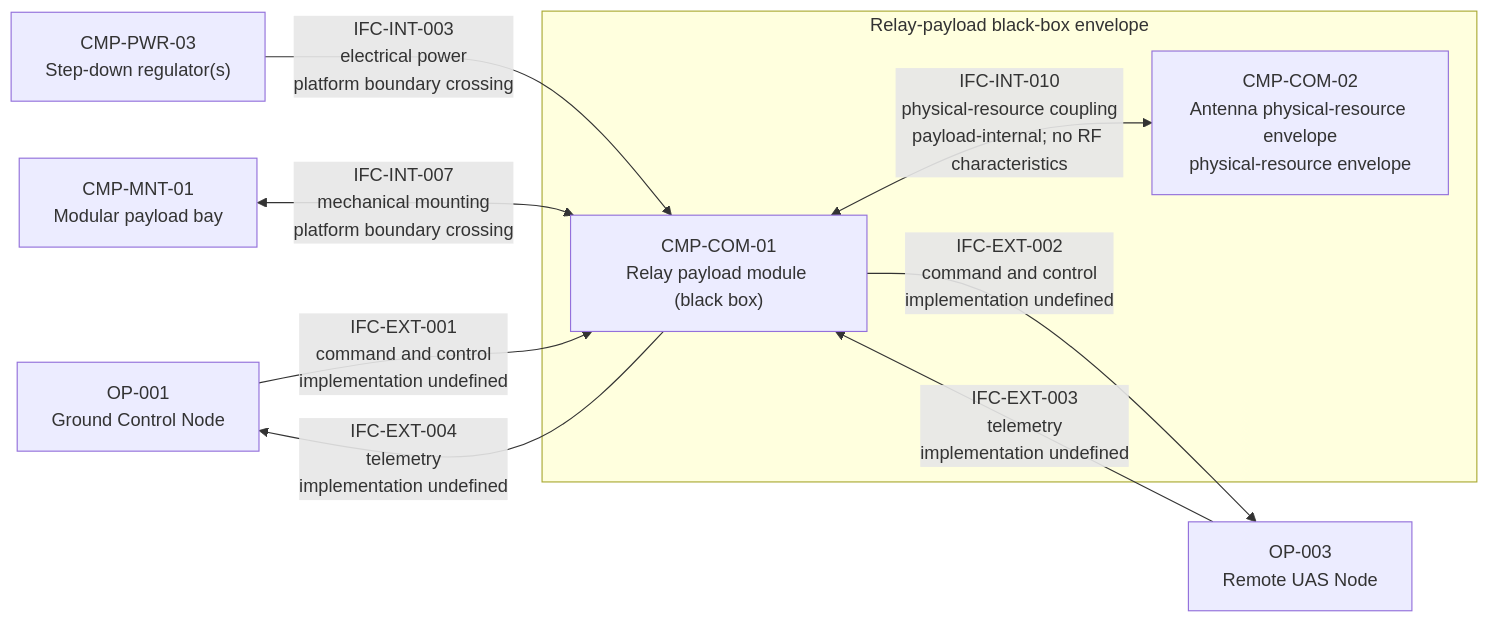
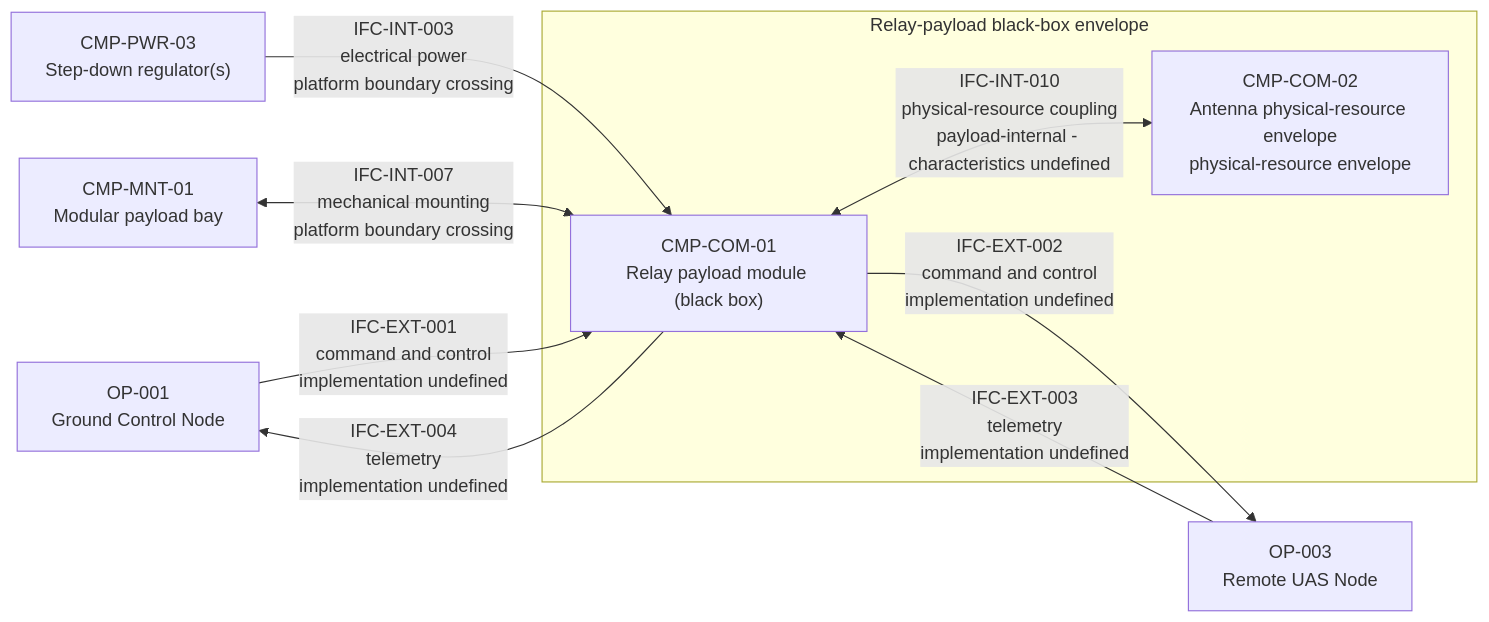
Before and after one commit to noahstephenson/low-cost-relay-uas: the seventh of 17 diagrams in reports/architecture-views.md, drawn with Mermaid. The commit also changed other lines of this file and 4 other files, not shown here.

Commit message:
Improve Mermaid rendering and validation

````diff
--- a/reports/architecture-views.md
+++ b/reports/architecture-views.md
@@ -169,19 +169,19 @@
 ```mermaid
 flowchart LR
     %% Configuration scope: CFG-REP / CFG-DOM
     OP_001["OP-001<br/>Ground Control Node"]
     OP_003["OP-003<br/>Remote UAS Node"]
     CMP_PWR_03["CMP-PWR-03<br/>Step-down regulator(s)"]
     CMP_MNT_01["CMP-MNT-01<br/>Modular payload bay"]
     subgraph PAYLOAD["Relay-payload black-box envelope"]
         CMP_COM_01["CMP-COM-01<br/>Relay payload module (black box)"]
         CMP_COM_02["CMP-COM-02<br/>Antenna physical-resource envelope<br/>physical-resource envelope"]
-        CMP_COM_01 <-->|"IFC-INT-010<br/>physical-resource coupling<br/>payload-internal; no RF characteristics"| CMP_COM_02
+        CMP_COM_01 <-->|"IFC-INT-010<br/>physical-resource coupling<br/>payload-internal - characteristics undefined"| CMP_COM_02
     end
     CMP_PWR_03 -->|"IFC-INT-003<br/>electrical power<br/>platform boundary crossing"| CMP_COM_01
     CMP_MNT_01 <-->|"IFC-INT-007<br/>mechanical mounting<br/>platform boundary crossing"| CMP_COM_01
     OP_001 -->|"IFC-EXT-001<br/>command and control<br/>implementation undefined"| CMP_COM_01
     CMP_COM_01 -->|"IFC-EXT-002<br/>command and control<br/>implementation undefined"| OP_003
     OP_003 -->|"IFC-EXT-003<br/>telemetry<br/>implementation undefined"| CMP_COM_01
     CMP_COM_01 -->|"IFC-EXT-004<br/>telemetry<br/>implementation undefined"| OP_001
 ```
````
